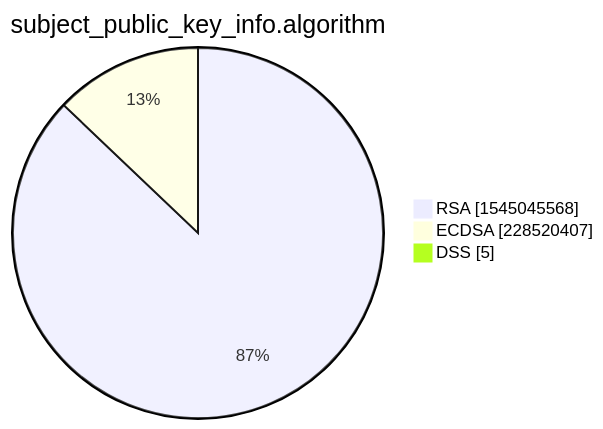
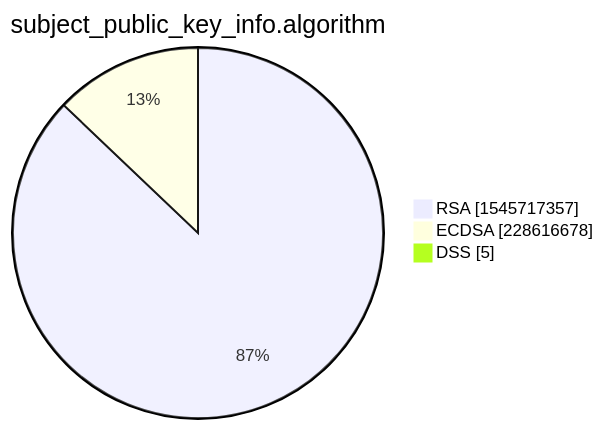
Before and after one commit to christiankrug/ctmonitor_visualization: the third of 15 diagrams in xenon2022/README.md, drawn with Mermaid. The commit also changed other lines of this file, not shown here.

````diff
--- a/xenon2022/README.md
+++ b/xenon2022/README.md
@@ -14,7 +14,7 @@
 ```mermaid
 pie showData
 title subject_public_key_info.algorithm
-"RSA" :1545045568
-"ECDSA" :228520407
+"RSA" :1545717357
+"ECDSA" :228616678
 "DSS" :5
 ```
````
